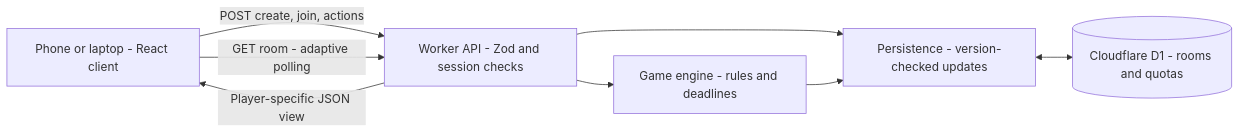
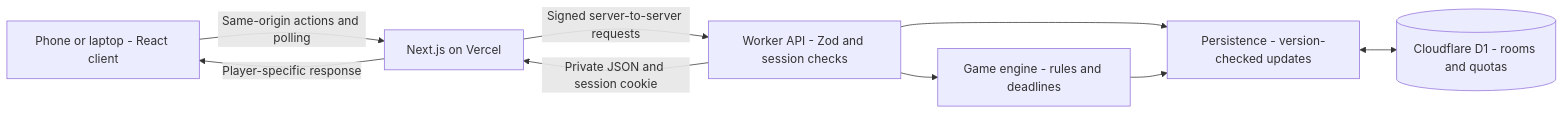
The diagram in README.md (rmaytr/Raincheck-Raccoons), drawn with Mermaid before and after one commit. The commit also changed other lines of this file and 20 other files, not shown here.

````diff
--- a/README.md
+++ b/README.md
@@ -65,10 +65,11 @@
 ```mermaid
 flowchart LR
-  A[Phone or laptop - React client] -->|POST create, join, actions| B[Worker API - Zod and session checks]
-  A -->|GET room - adaptive polling| B
+  A[Phone or laptop - React client] -->|Same-origin actions and polling| V[Next.js on Vercel]
+  V -->|Signed server-to-server requests| B[Worker API - Zod and session checks]
   B --> C[Game engine - rules and deadlines]
   B --> D[Persistence - version-checked updates]
   C --> D
   D <--> E[(Cloudflare D1 - rooms and quotas)]
-  B -->|Player-specific JSON view| A
+  B -->|Private JSON and session cookie| V
+  V -->|Player-specific response| A
 ```
````
